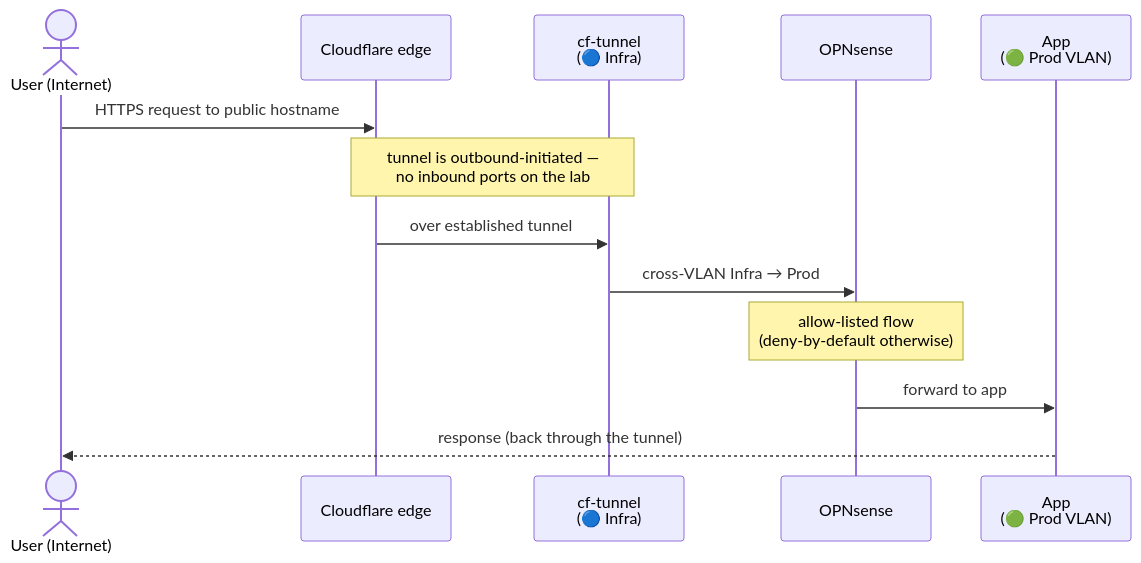
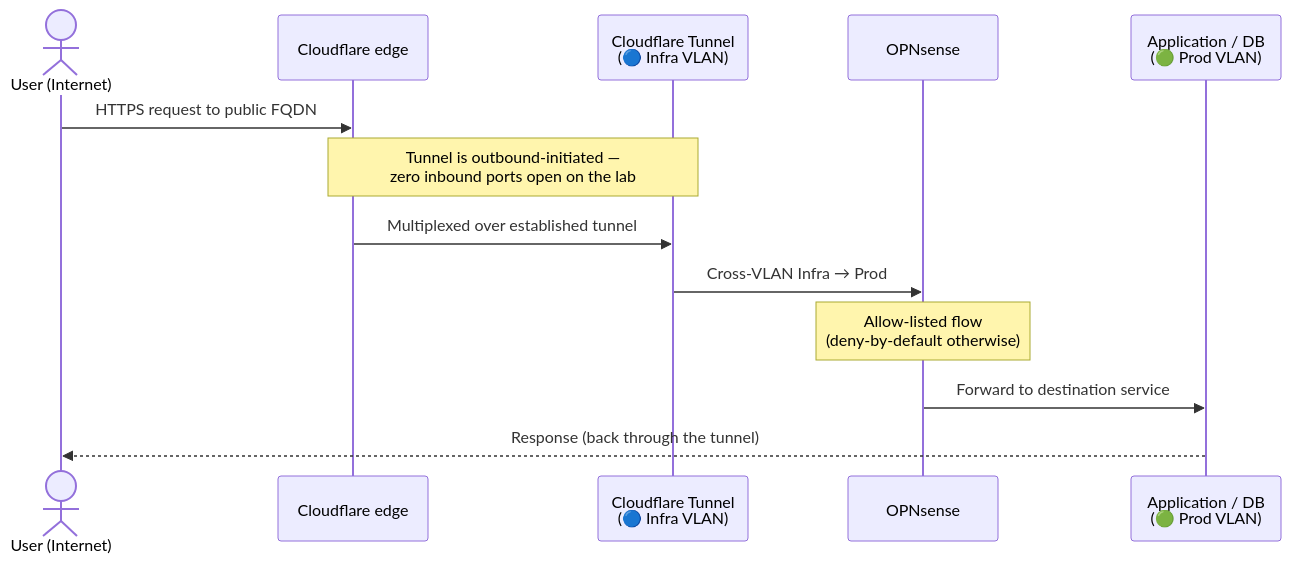
Before and after one commit to ibhugeloo/homelab: the first of 2 diagrams in docs/architecture.md, drawn with Mermaid. The commit also changed other lines of this file and 3 other files, not shown here.

First line of the commit message:
docs: update homelab architecture & operations to current reality

````diff
--- a/docs/architecture.md
+++ b/docs/architecture.md
@@ -67,16 +88,16 @@
 ```mermaid
 sequenceDiagram
     actor U as User (Internet)
     participant CF as Cloudflare edge
-    participant T as cf-tunnel<br/>(🔵 Infra)
+    participant T as Cloudflare Tunnel<br/>(🔵 Infra VLAN)
     participant FW as OPNsense
-    participant A as App<br/>(🟢 Prod VLAN)
+    participant A as Application / DB<br/>(🟢 Prod VLAN)
 
-    U->>CF: HTTPS request to public hostname
-    Note over CF,T: tunnel is outbound-initiated —<br/>no inbound ports on the lab
-    CF->>T: over established tunnel
-    T->>FW: cross-VLAN Infra → Prod
-    Note over FW: allow-listed flow<br/>(deny-by-default otherwise)
-    FW->>A: forward to app
-    A-->>U: response (back through the tunnel)
+    U->>CF: HTTPS request to public FQDN
+    Note over CF,T: Tunnel is outbound-initiated —<br/>zero inbound ports open on the lab
+    CF->>T: Multiplexed over established tunnel
+    T->>FW: Cross-VLAN Infra → Prod
+    Note over FW: Allow-listed flow<br/>(deny-by-default otherwise)
+    FW->>A: Forward to destination service
+    A-->>U: Response (back through the tunnel)
 ```
````
